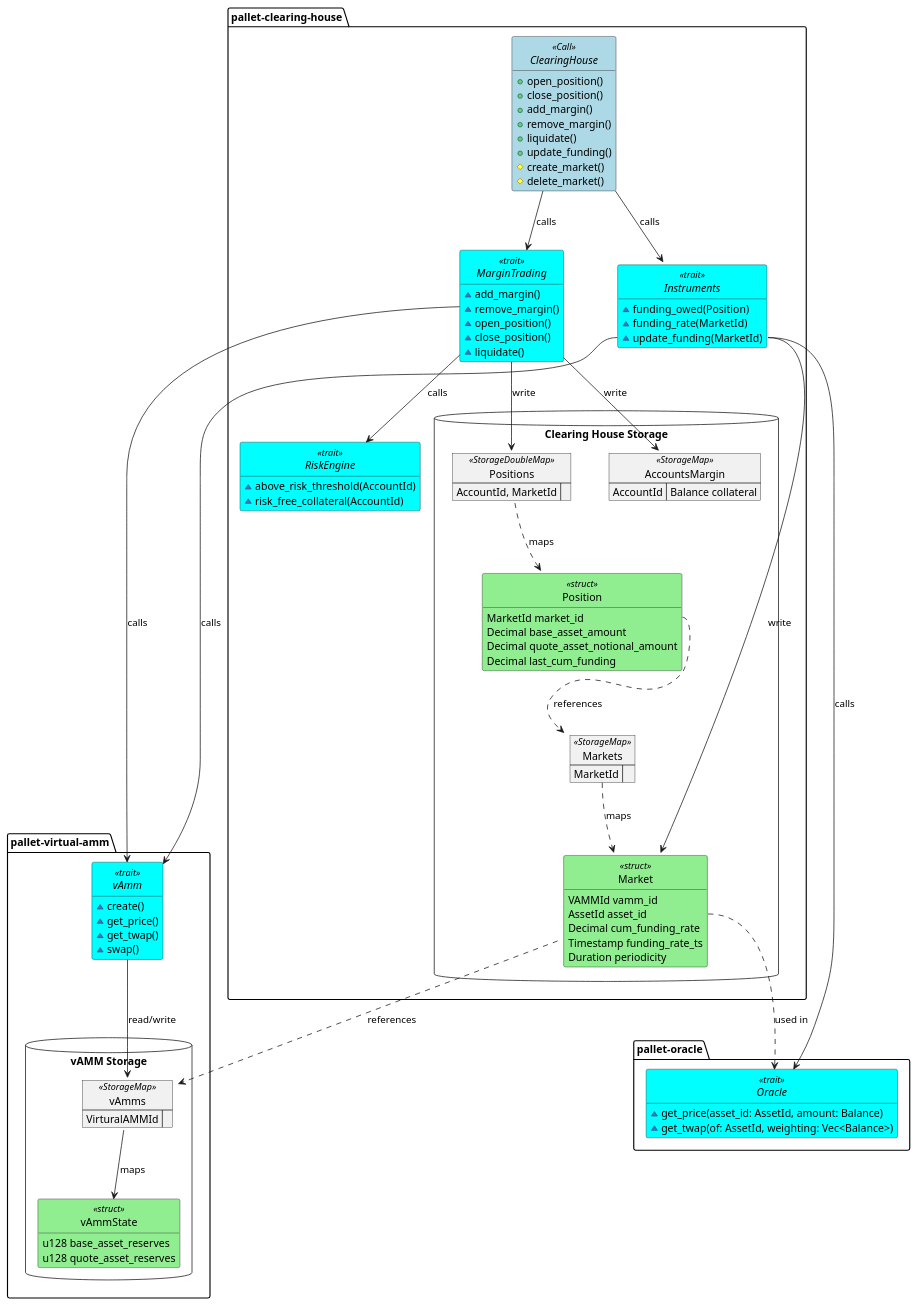
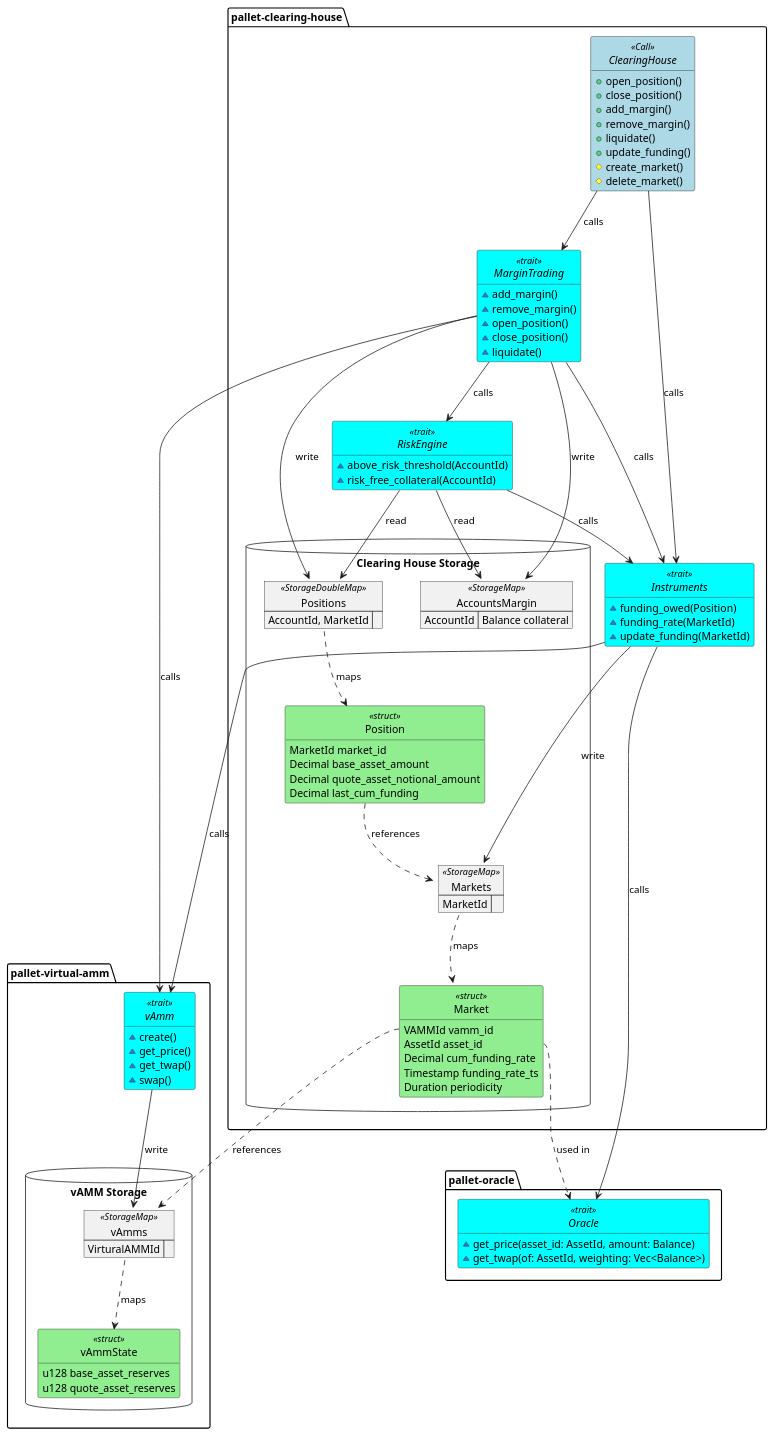
Before and after one commit to ComposableFi/composable: the diagram in frame/clearing-house/clearing-house.plantuml, drawn with PlantUML.

Commit message:
chore(CH): update UML

```diff
--- a/frame/clearing-house/clearing-house.plantuml
+++ b/frame/clearing-house/clearing-house.plantuml
@@ -1,144 +1,152 @@
 @startuml clearing-house
 
 <style>
 .struct {
     BackgroundColor LightGreen
 }
 .Call {
     BackgroundColor LightBlue
 }
 .trait {
     BackgroundColor Cyan
 }
 </style>
 
 package "pallet-clearing-house" {
     interface ClearingHouse <<Call>> {
         + open_position()
         + close_position()
         + add_margin()
         + remove_margin()
         + liquidate()
         + update_funding()
         # create_market()
         # delete_market()
     }
     
     interface "MarginTrading" as MTTrait <<trait>> {
         ~ add_margin()
         ~ remove_margin()
         ~ open_position()
         ~ close_position()
         ~ liquidate()
     }
     
     interface "RiskEngine" as RETrait <<trait>> {
         ~ above_risk_threshold(AccountId)
         ~ risk_free_collateral(AccountId)
         '~ get_margin_ratio()
         '~ get_free_collateral()
     }
     
     interface "Instruments" as ITrait <<trait>> {
         ~ funding_owed(Position)
         ~ funding_rate(MarketId)
         ~ update_funding(MarketId)
     }
 
     database "Clearing House Storage" {
         map "AccountsMargin" as MarginAccounts <<StorageMap>> {
             AccountId => Balance collateral
         }
 
         map Positions <<StorageDoubleMap>> {
             AccountId, MarketId =>
         }
 
         map Markets <<StorageMap>> {
             MarketId =>
         }
 
         class Position <<struct>> {
             MarketId market_id
             Decimal base_asset_amount
             Decimal quote_asset_notional_amount
             Decimal last_cum_funding
         }
 
         class Market <<struct>> {
             VAMMId vamm_id
             AssetId asset_id
             Decimal cum_funding_rate
             Timestamp funding_rate_ts
             Duration periodicity
         }
     }
 }
 
 package "pallet-virtual-amm" {
     interface vAmm <<trait>> {
         ~ create()
         ~ get_price()
         ~ get_twap()
         ~ swap()
     }
     database "vAMM Storage" {
         map vAmms <<StorageMap>> {
             VirturalAMMId =>
         }
         class vAmmState <<struct>> {
             u128 base_asset_reserves
             u128 quote_asset_reserves
         }
     }
 }
 
 package "pallet-oracle" {
     interface Oracle <<trait>> {
         ~get_price(asset_id: AssetId, amount: Balance)
         ~get_twap(of: AssetId, weighting: Vec<Balance>)
     }
 }
 
 hide empty members
 hide circle
 
-'Storage relationships'
-Markets::MarketId ..> Market : maps
-Market::VirtualAMMId ..> vAmms : references
+'================== Storage relationships
+Markets ..> Market : maps
+Market::vamm_id ..> vAmms : references
 Market::asset_id ..> Oracle : used in
 
 Positions ..> Position: maps
-Position::MarketId ..> Markets : references
+Position ..> Markets : references
 
-'           Control flow relationships             '
+'================== Control flow relationships             
 ClearingHouse --> MTTrait : calls
 ClearingHouse --> ITrait : calls
 
-'add_margin'
-'remove_margin'
+'add_margin
+'remove_margin
 MTTrait --> MarginAccounts : write
 
-'remove_margin'
+'remove_margin
 MTTrait --> RETrait : calls
 
-'open_position'
-'close_position'
-'liquidate'
+'open_position
+'close_position
+'liquidate
 MTTrait --> Positions : write
 
-'open_position'
-'close_position'
+'open_position
+'close_position
 MTTrait --> vAmm : calls
 
+'update_funding
+MTTrait --> ITrait : calls
 
-ITrait::update_funding --> Market : write
-ITrait::update_funding --> Oracle : calls
-ITrait::update_funding --> vAmm : calls
+'update_funding
+ITrait --> Markets : write
+ITrait --> Oracle : calls
+ITrait --> vAmm : calls
 
+'above_risk_threshold
+'risk_free_collateral
+RETrait --> MarginAccounts : read
+RETrait --> Positions : read
+RETrait --> ITrait : calls
 
-'vAMM'
-vAmm --> vAmms : read/write
-vAmms --> vAmmState : maps
+'vAMM
+vAmm --> vAmms : write
+vAmms ..> vAmmState : maps
 
 @enduml
```
